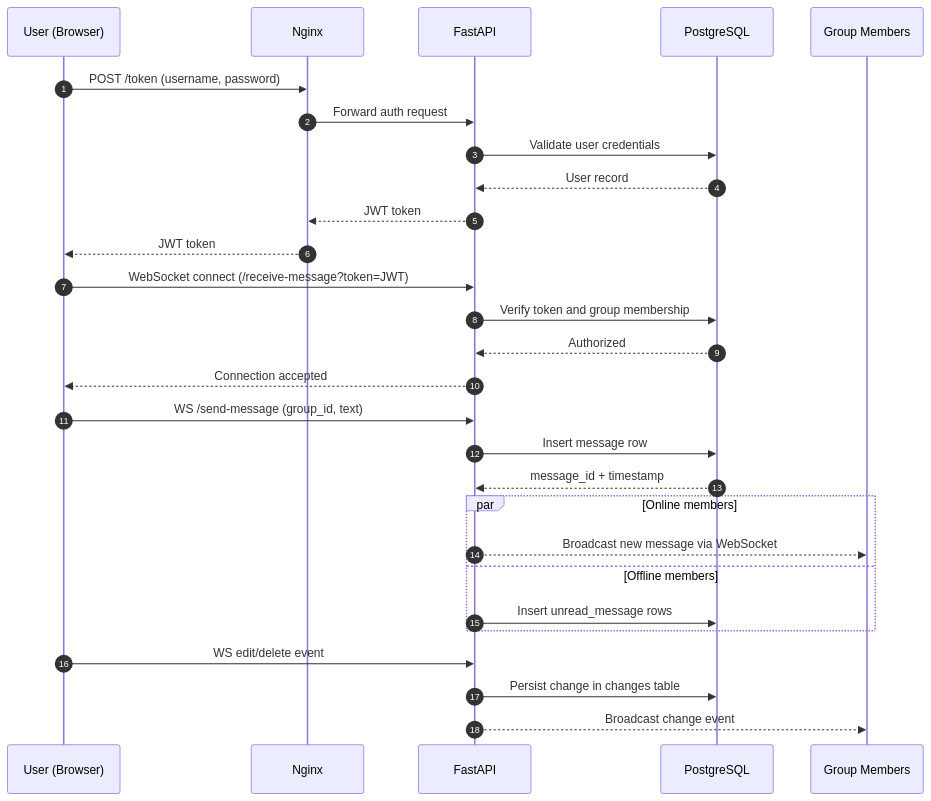
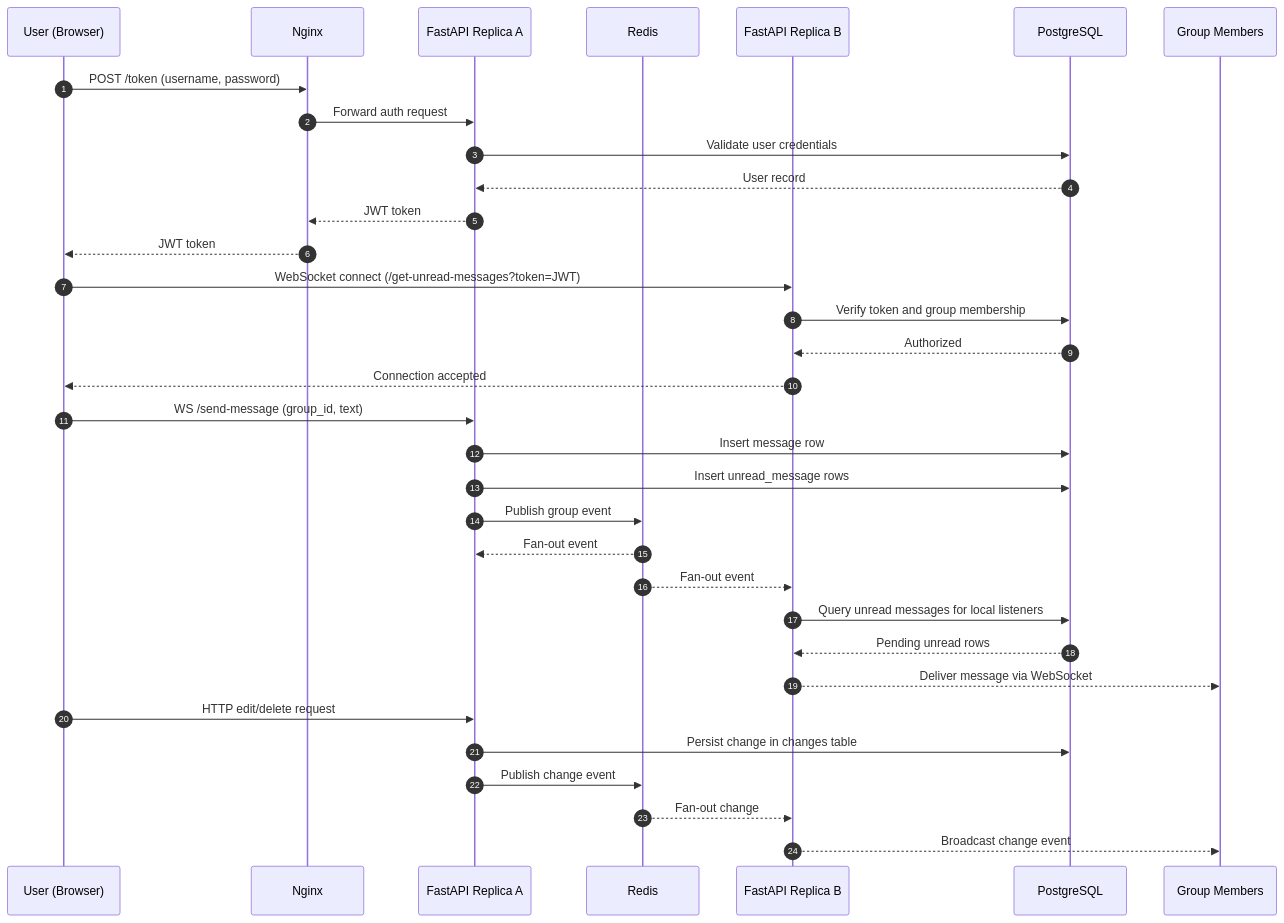
One commit to Ducksss/socketio-chat changed the second of 2 diagrams in README.md. Above: the diagram before and after it, drawn with Mermaid. The commit also changed other lines of this file and 1 other file, not shown here.

````diff
--- a/README.md
+++ b/README.md
@@ -124,35 +128,40 @@
 ```mermaid
 sequenceDiagram
   autonumber
   participant U as User (Browser)
   participant N as Nginx
-  participant A as FastAPI
+  participant A1 as FastAPI Replica A
+  participant R as Redis
+  participant A2 as FastAPI Replica B
   participant DB as PostgreSQL
   participant M as Group Members
 
   U->>N: POST /token (username, password)
-  N->>A: Forward auth request
-  A->>DB: Validate user credentials
-  DB-->>A: User record
-  A-->>N: JWT token
+  N->>A1: Forward auth request
+  A1->>DB: Validate user credentials
+  DB-->>A1: User record
+  A1-->>N: JWT token
   N-->>U: JWT token
 
-  U->>A: WebSocket connect (/receive-message?token=JWT)
-  A->>DB: Verify token and group membership
-  DB-->>A: Authorized
-  A-->>U: Connection accepted
+  U->>A2: WebSocket connect (/get-unread-messages?token=JWT)
+  A2->>DB: Verify token and group membership
+  DB-->>A2: Authorized
+  A2-->>U: Connection accepted
 
-  U->>A: WS /send-message (group_id, text)
-  A->>DB: Insert message row
-  DB-->>A: message_id + timestamp
+  U->>A1: WS /send-message (group_id, text)
+  A1->>DB: Insert message row
+  A1->>DB: Insert unread_message rows
+  A1->>R: Publish group event
+  R-->>A1: Fan-out event
+  R-->>A2: Fan-out event
+  A2->>DB: Query unread messages for local listeners
+  DB-->>A2: Pending unread rows
 
-  par Online members
-    A-->>M: Broadcast new message via WebSocket
-  and Offline members
-    A->>DB: Insert unread_message rows
-  end
+  A2-->>M: Deliver message via WebSocket
 
-  U->>A: WS edit/delete event
-  A->>DB: Persist change in changes table
-  A-->>M: Broadcast change event
+  U->>A1: HTTP edit/delete request
+  A1->>DB: Persist change in changes table
+  A1->>R: Publish change event
+  R-->>A2: Fan-out change
+  A2-->>M: Broadcast change event
 ```
````
